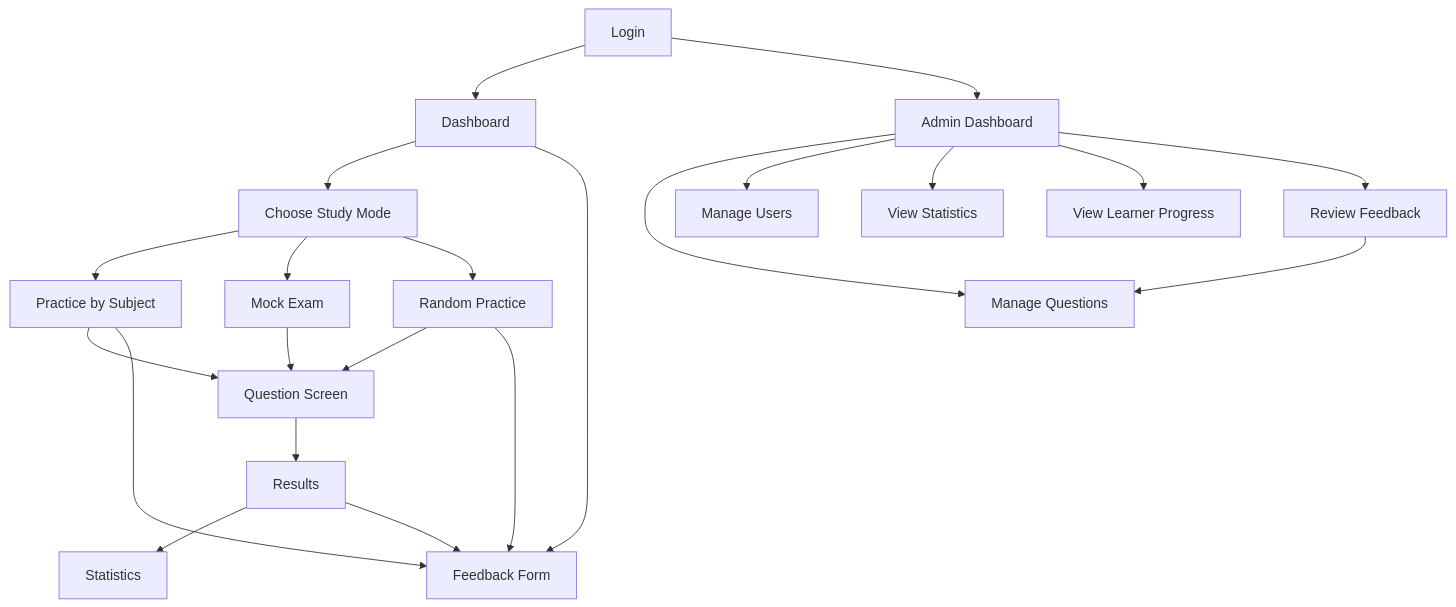
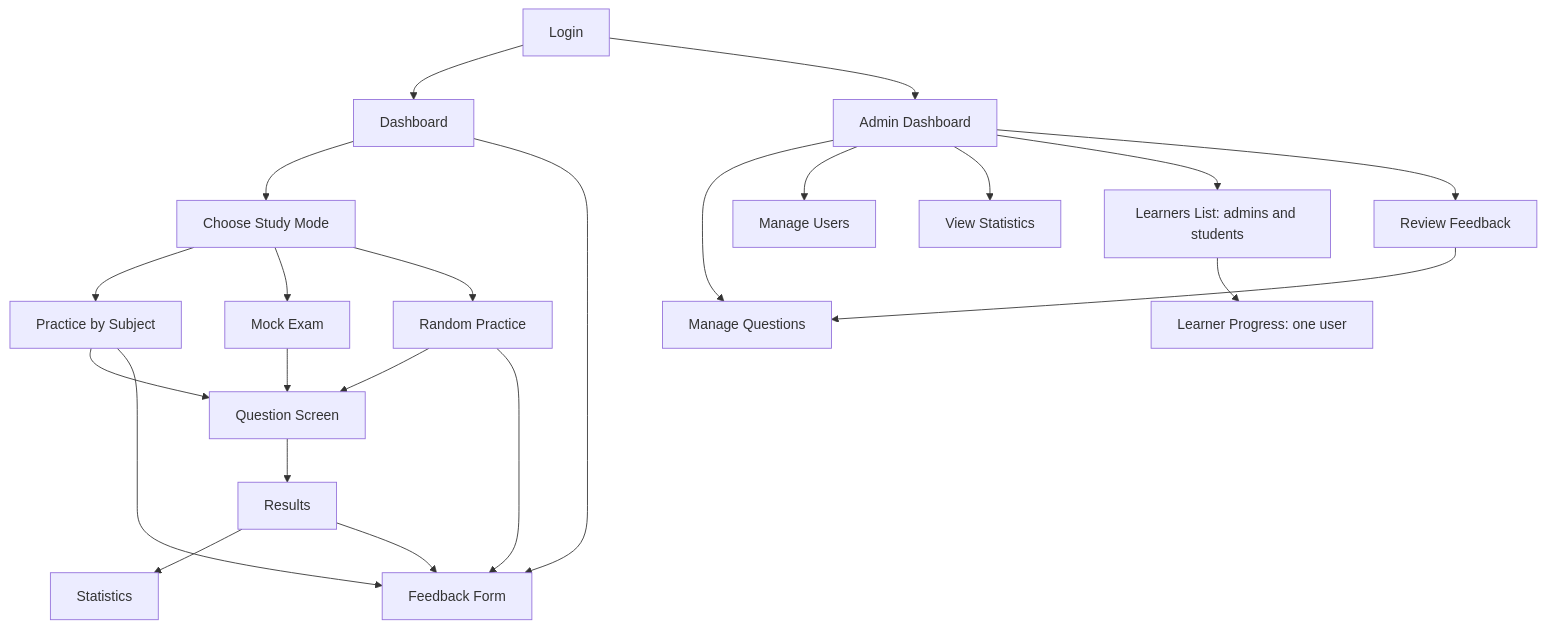
One commit to Hunter-Theory-Examination-Jagarexamen/hunter-exam-trainer changed the diagram in docs/Design/UI-Design.md. Above: the diagram before and after it, drawn with Mermaid. The commit also changed 1 other file, not shown here.

Commit message:
docs: learners list and detail in the UI flow and SRS (#156)
Claude-Session: https://claude.ai/code/session_0198PMfJ6Mo9S17pTtYqyqzy

````diff
--- a/docs/Design/UI-Design.md
+++ b/docs/Design/UI-Design.md
@@ -3,41 +3,43 @@
 ```mermaid
 flowchart TD
 
     A[Login]
 
     A --> B[Dashboard]
 
     B --> C[Choose Study Mode]
 
     C --> D[Practice by Subject]
     C --> E[Mock Exam]
     C --> F[Random Practice]
 
     D --> G[Question Screen]
     E --> G
     F --> G
 
     G --> H[Results]
 
     H --> I[Statistics]
 
     D --> P[Feedback Form]
     F --> P
     H --> P
     B --> P
 
     A --> J[Admin Dashboard]
 
     J --> K[Manage Questions]
 
     J --> L[Manage Users]
 
     J --> M[View Statistics]
 
-    J --> N[View Learner Progress]
+    J --> N[Learners List: admins and students]
+
+    N --> Q[Learner Progress: one user]
 
     J --> O[Review Feedback]
 
     O --> K
 
 ```
````
